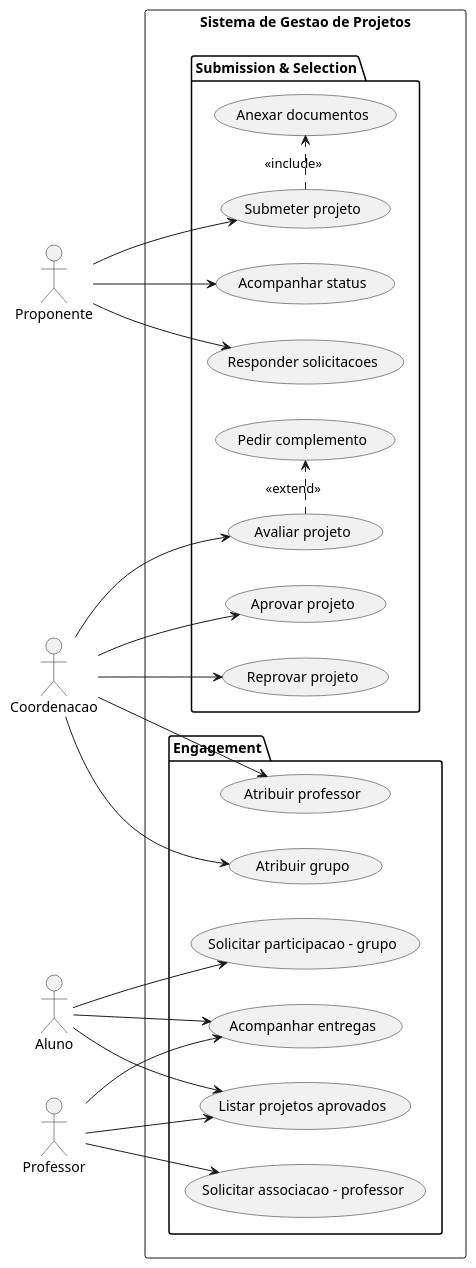
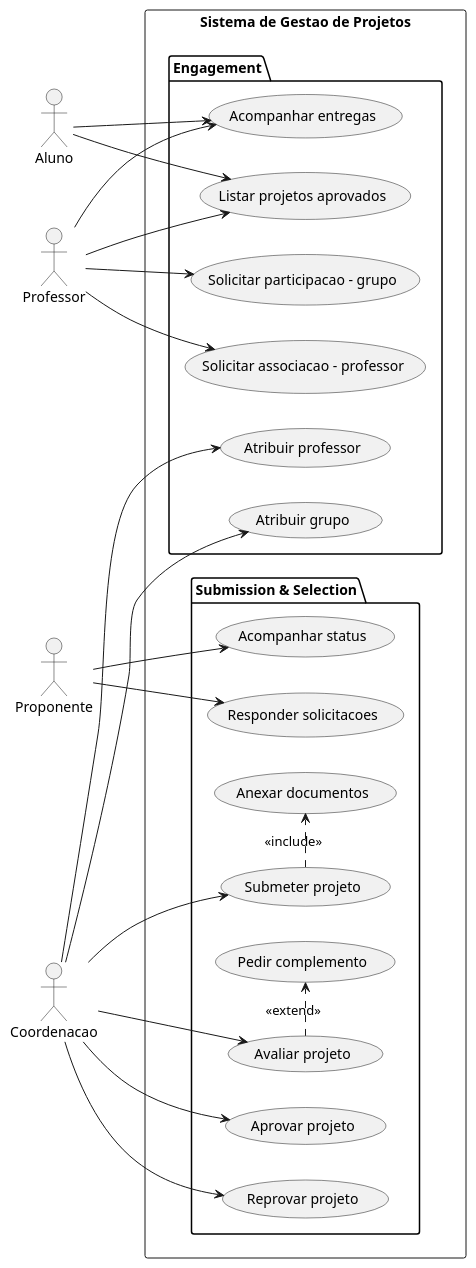
Before and after one commit to Projetos-de-Extensao/PBE_25.2_8002_II: the diagram in docs/casos_de_uso.puml, drawn with PlantUML. The commit also changed 80 other files, not shown here.

```diff
--- a/docs/casos_de_uso.puml
+++ b/docs/casos_de_uso.puml
@@ -1,51 +1,51 @@
 @startuml casos_de_uso_simplificado
 left to right direction
 
 actor "Proponente" as A_Prop
 actor "Aluno" as A_Aluno
 actor "Professor" as A_Prof
 actor "Coordenacao" as A_Coord
 
 rectangle "Sistema de Gestao de Projetos" {
 
   package "Submission & Selection" {
     usecase UC_Submeter     as "Submeter projeto"
     usecase UC_Anexar       as "Anexar documentos"
     usecase UC_Acompanhar   as "Acompanhar status"
     usecase UC_Responder    as "Responder solicitacoes"
     usecase UC_Avaliar      as "Avaliar projeto"
     usecase UC_PedirComp    as "Pedir complemento"
     usecase UC_Aprovar      as "Aprovar projeto"
     usecase UC_Reprovar     as "Reprovar projeto"
   }
 
   package "Engagement" {
     usecase UC_ListarAprov  as "Listar projetos aprovados"
     usecase UC_SolicProf    as "Solicitar associacao - professor"
     usecase UC_SolicGrupo   as "Solicitar participacao - grupo"
     usecase UC_AtribProf    as "Atribuir professor"
     usecase UC_AtribGrupo   as "Atribuir grupo"
     usecase UC_Entregas     as "Acompanhar entregas"
   }
   UC_Submeter  .> UC_Anexar   : <<include>>
   UC_Avaliar   .> UC_PedirComp: <<extend>>
 }
 
-A_Prop  -down-> UC_Submeter
+A_Coord  -down-> UC_Submeter
 A_Prop  -down-> UC_Acompanhar
 A_Prop  -down-> UC_Responder
 
 A_Prof  -down-> UC_ListarAprov
 A_Prof  -down-> UC_SolicProf
 A_Prof  -down-> UC_Entregas
 
 A_Aluno -down-> UC_ListarAprov
-A_Aluno -down-> UC_SolicGrupo
+A_Prof -down-> UC_SolicGrupo
 A_Aluno -down-> UC_Entregas
 
 A_Coord -down-> UC_Avaliar
 A_Coord -down-> UC_Aprovar
 A_Coord -down-> UC_Reprovar
 A_Coord -down-> UC_AtribProf
 A_Coord -down-> UC_AtribGrupo
 @enduml
```
